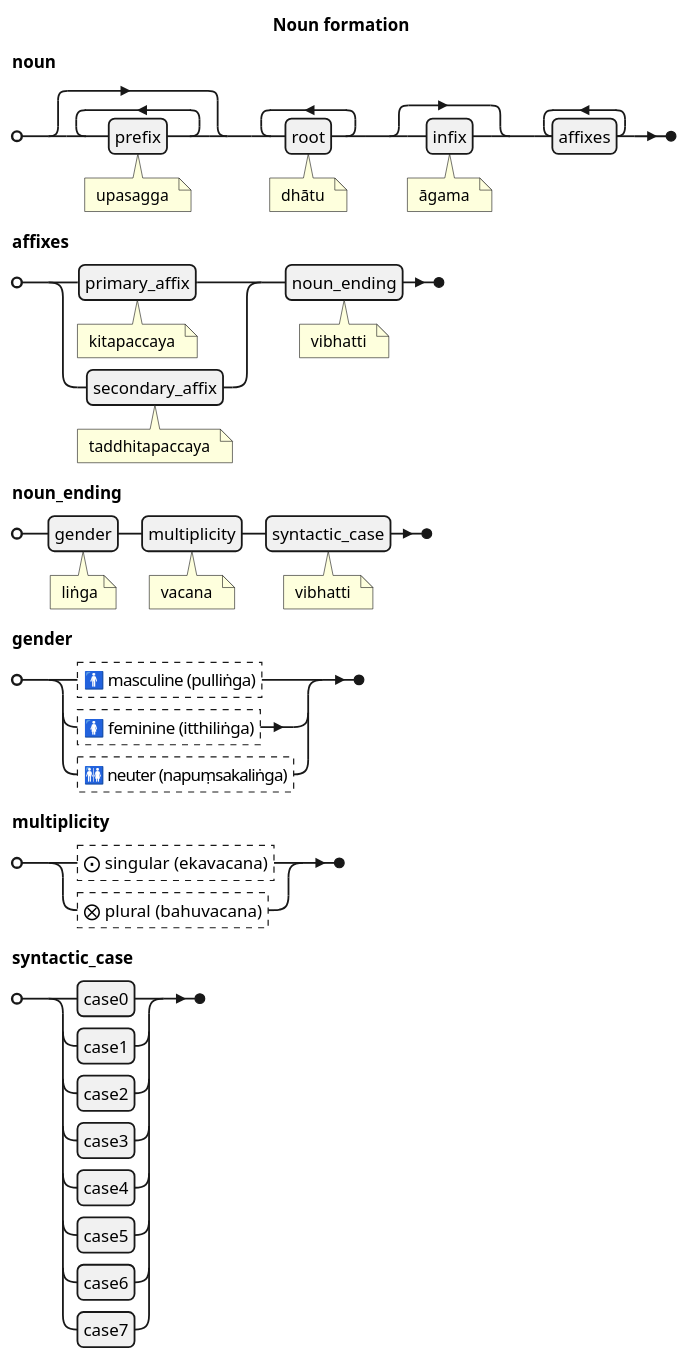
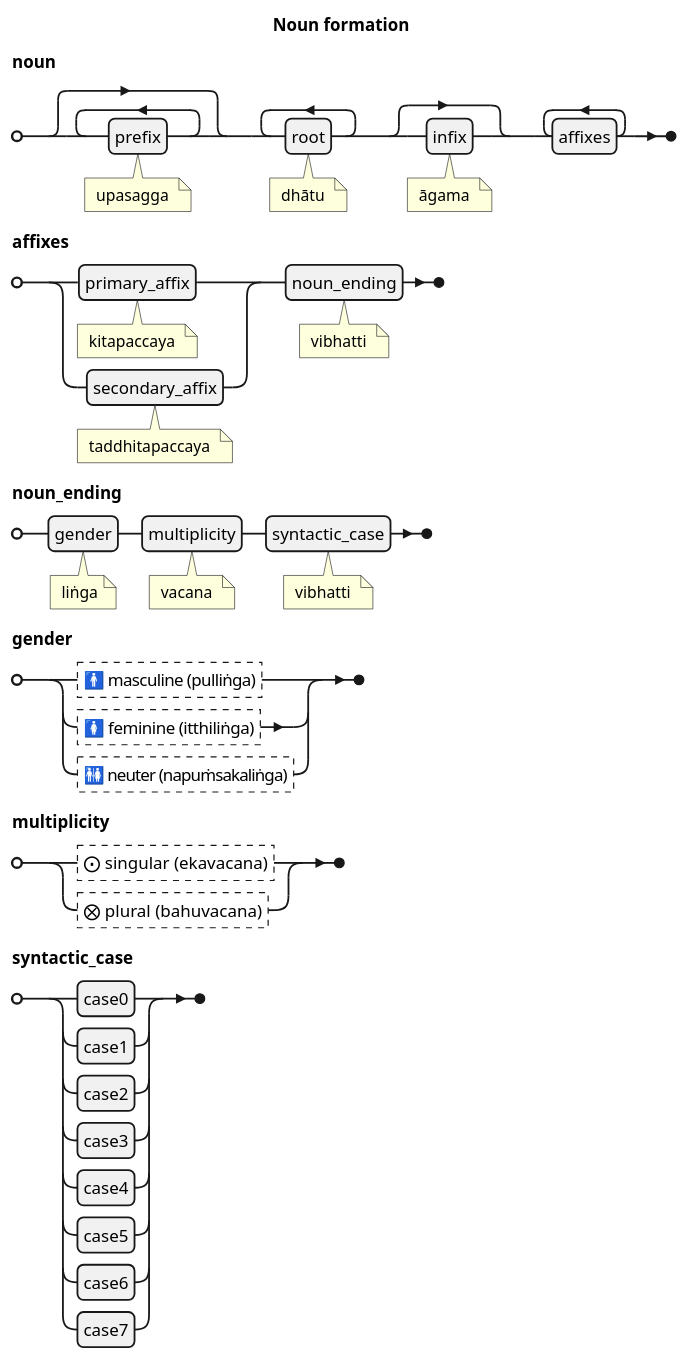
The seventh of 12 diagrams in src/content/docs/Pali Textbook/c-grammar.md (ChristineTham/buddhavacana), drawn with PlantUML before and after one commit. The commit also changed other lines of this file and 22 other files, not shown here.

````diff
--- a/src/content/docs/Pali Textbook/c-grammar.md
+++ b/src/content/docs/Pali Textbook/c-grammar.md
@@ -129,26 +129,26 @@
 ```plantuml
 @startebnf
 title Noun formation
 noun =
   {prefix (* upasagga *)},
   {root (* dhātu *)}-,
   [infix (* āgama *)],
   {affixes}- (* paccaya *) ;
 affixes =
   (primary_affix (* kitapaccaya *) |
   secondary_affix (* taddhitapaccaya *)),
   noun_ending (* vibhatti *) ;
 noun_ending =
   gender (* liṅga*),
   multiplicity (* vacana *),
   syntactic_case (* vibhatti *) ;
 gender =
   ?🚹 masculine (pulliṅga)? |
   ?🚺 feminine (itthiliṅga)? |
-  ?🚻 neuter (napuṃsakaliṅga)? ;
+  ?🚻 neuter (napuṁsakaliṅga)? ;
 multiplicity =
   ?⨀ singular (ekavacana)? |
   ?⨂ plural (bahuvacana)? ;
 syntactic_case = case0 | case1 | case2 | case3 | case4 | case5 | case6 | case7 ;
 @endebnf
 ```
````
